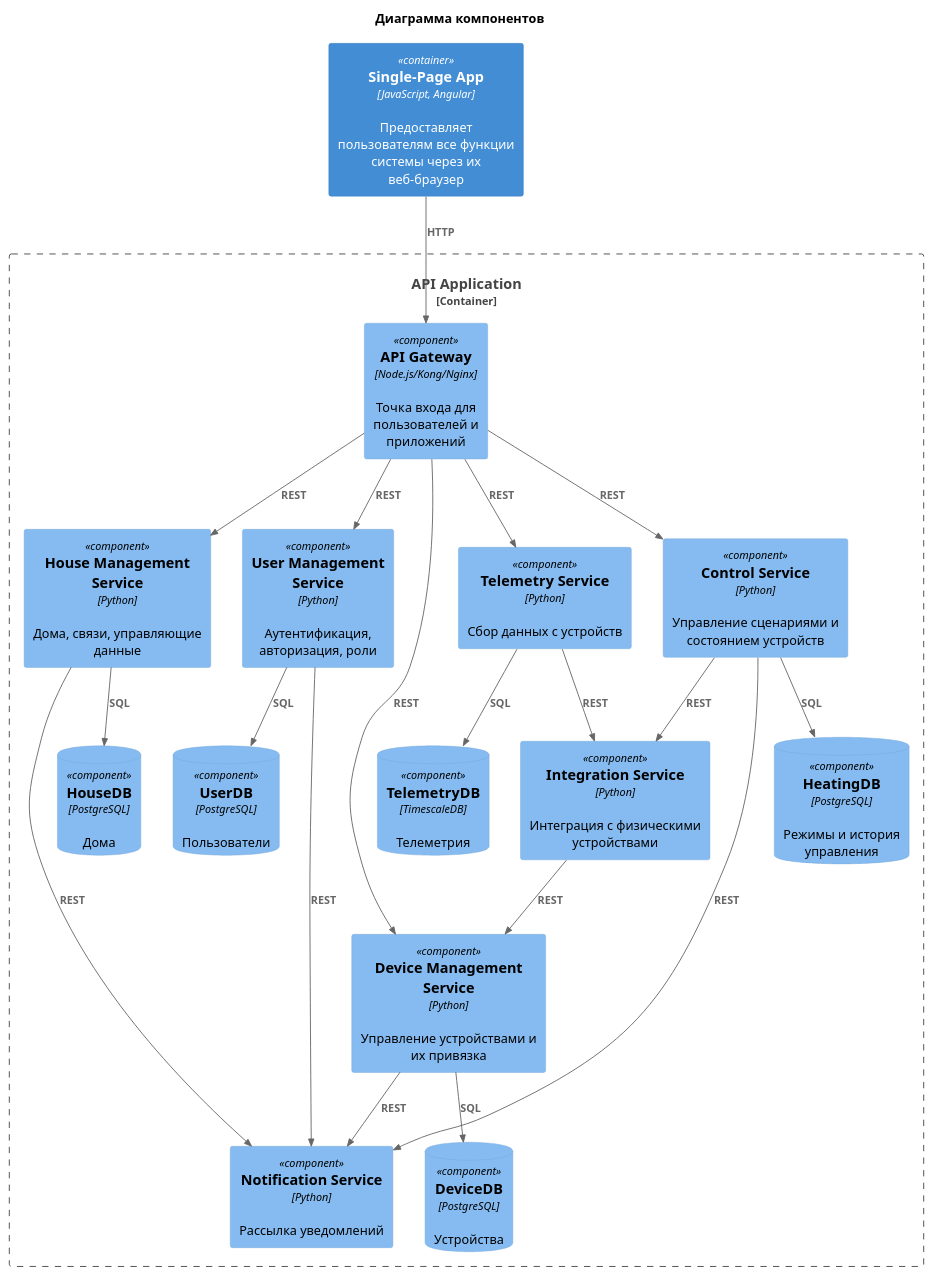
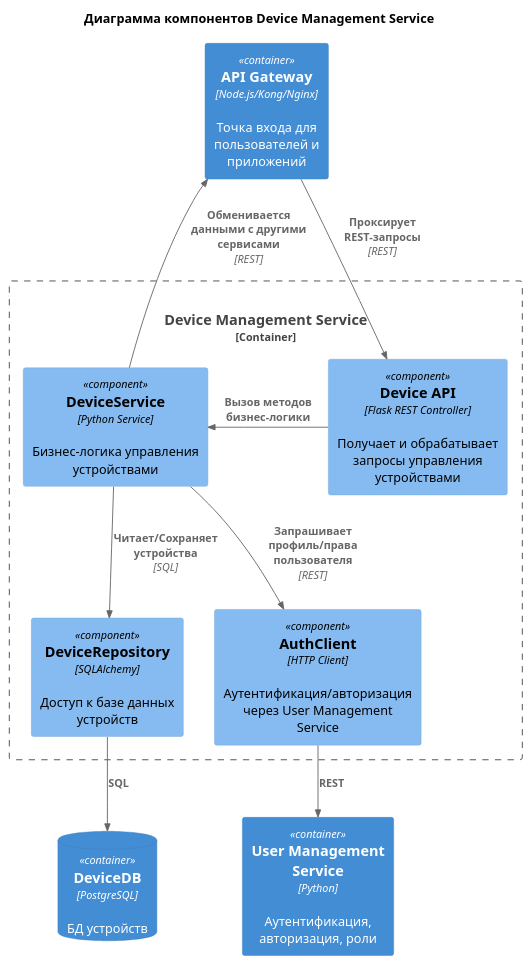
One commit to vdovinov/architecture-warmhouse changed the diagram in sprint1_task2/component_diagram.puml. Above: the diagram before and after it, drawn with PlantUML. The commit also changed 6 other files, not shown here.

Commit message:
change Componet diagram, Container diagram, docker-compose.yml, DockerFile, app.py (API)

```diff
--- a/sprint1_task2/component_diagram.puml
+++ b/sprint1_task2/component_diagram.puml
@@ -1,48 +1,26 @@
 @startuml
 !include https://raw.githubusercontent.com/plantuml-stdlib/C4-PlantUML/master/C4_Component.puml
 
-title Диаграмма компонентов
+title Диаграмма компонентов Device Management Service
 
-Container(spa, "Single-Page App", "JavaScript, Angular", "Предоставляет пользователям все функции системы через их веб-браузер")
+Container(api_gateway, "API Gateway", "Node.js/Kong/Nginx", "Точка входа для пользователей и приложений")
+Container(user_srv, "User Management Service", "Python", "Аутентификация, авторизация, роли")
+ContainerDb(devicedb, "DeviceDB", "PostgreSQL", "БД устройств")
 
-Container_Boundary(api_app, "API Application") {
-  Component(api_gateway, "API Gateway", "Node.js/Kong/Nginx", "Точка входа для пользователей и приложений")
-  Component(user_srv, "User Management Service", "Python", "Аутентификация, авторизация, роли")
-  Component(house_srv, "House Management Service", "Python", "Дома, связи, управляющие данные")
-  Component(device_srv, "Device Management Service", "Python", "Управление устройствами и их привязка")
-  Component(telemetry_srv, "Telemetry Service", "Python", "Сбор данных с устройств")
-  Component(control_srv, "Control Service", "Python", "Управление сценариями и состоянием устройств")
-  Component(integration_srv, "Integration Service", "Python", "Интеграция с физическими устройствами")
-  Component(notify_srv, "Notification Service", "Python", "Рассылка уведомлений")
-  ComponentDb(userdb, "UserDB", "PostgreSQL", "Пользователи")
-  ComponentDb(housedb, "HouseDB", "PostgreSQL", "Дома")
-  ComponentDb(devicedb, "DeviceDB", "PostgreSQL", "Устройства")
-  ComponentDb(telemetrydb, "TelemetryDB", "TimescaleDB", "Телеметрия")
-  ComponentDb(heatingdb, "HeatingDB", "PostgreSQL", "Режимы и история управления")
+Container_Boundary(device_srv, "Device Management Service", "Python", "Управление устройствами и их привязка") {
+    Component(device_api, "Device API", "Flask REST Controller", "Получает и обрабатывает запросы управления устройствами")
+    Component(device_service, "DeviceService", "Python Service", "Бизнес-логика управления устройствами")
+    Component(device_repo, "DeviceRepository", "SQLAlchemy", "Доступ к базе данных устройств")
+    Component(auth_client, "AuthClient", "HTTP Client", "Аутентификация/авторизация через User Management Service")
 }
 
-Rel(spa, api_gateway, "HTTP")
+Rel_U(api_gateway, device_api, "Проксирует REST-запросы", "REST")
+Rel_L(device_api, device_service, "Вызов методов бизнес-логики")
+Rel_D(device_service, device_repo, "Читает/Сохраняет устройства", "SQL")
+Rel_D(device_service, auth_client, "Запрашивает профиль/права пользователя", "REST")
+Rel(device_repo, devicedb, "SQL")
 
-Rel(api_gateway, user_srv, "REST")
-Rel(api_gateway, house_srv, "REST")
-Rel(api_gateway, device_srv, "REST")
-Rel(api_gateway, control_srv, "REST")
-Rel(api_gateway, telemetry_srv, "REST")
-
-Rel(user_srv, userdb, "SQL")
-Rel(house_srv, housedb, "SQL")
-Rel(device_srv, devicedb, "SQL")
-Rel(telemetry_srv, telemetrydb, "SQL")
-Rel(control_srv, heatingdb, "SQL")
-
-Rel(control_srv, integration_srv, "REST")
-Rel(integration_srv, device_srv, "REST")
-Rel(telemetry_srv, integration_srv, "REST")
-
-Rel(control_srv, notify_srv, "REST")
-Rel(user_srv, notify_srv, "REST")
-Rel(house_srv, notify_srv, "REST")
-Rel(device_srv, notify_srv, "REST")
-
+Rel_U(device_service, api_gateway, "Обменивается данными с другими сервисами", "REST")
+Rel(auth_client, user_srv, "REST")
 
 @enduml
```
